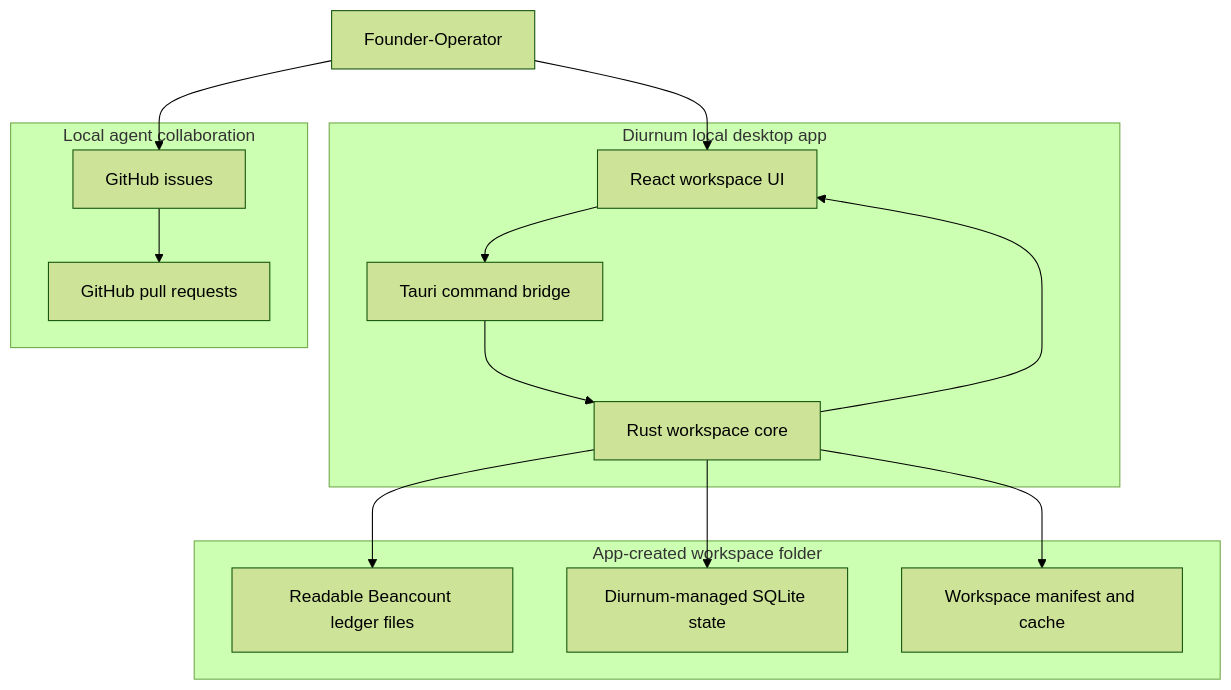
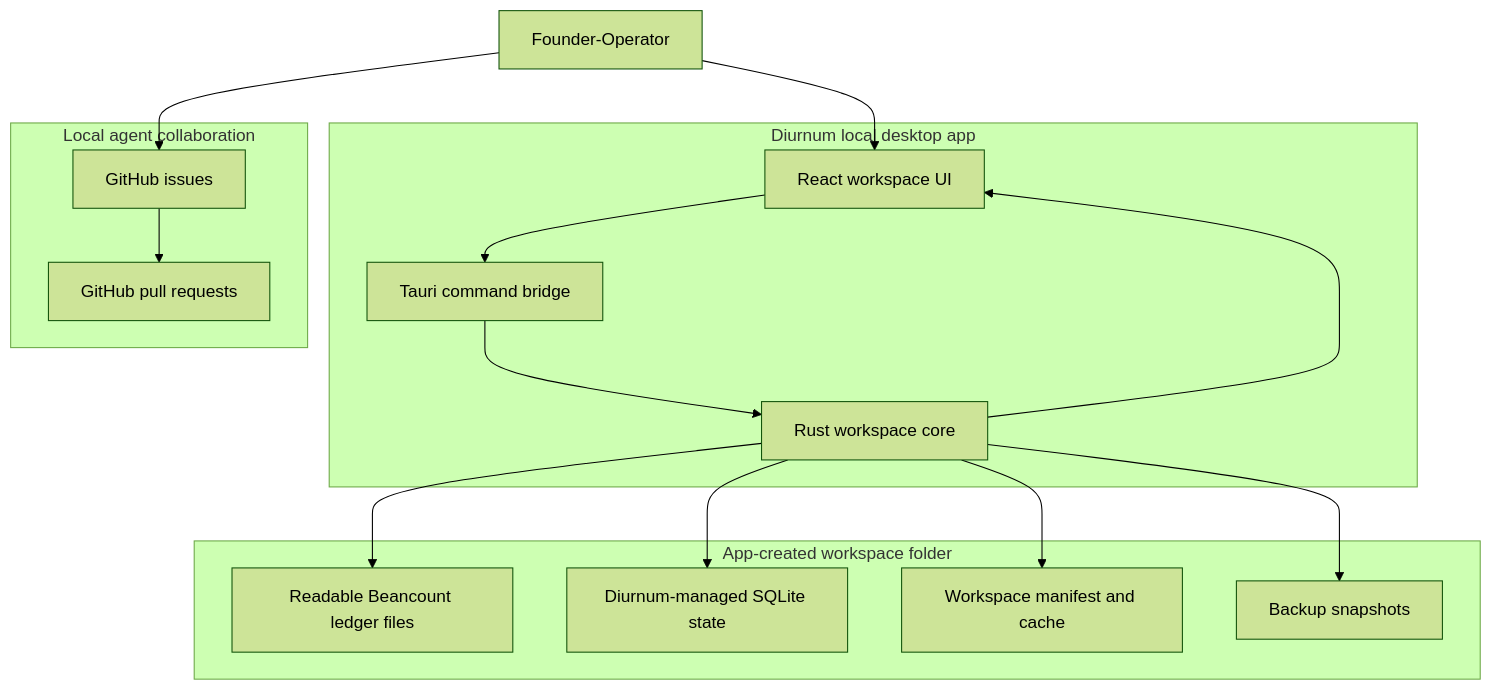
The first of 4 diagrams in docs/architecture.md (Diurnum-Dev/Diurnum), drawn with Mermaid (forest theme) before and after one commit. The commit also changed other lines of this file and 16 other files, not shown here.

````diff
--- a/docs/architecture.md
+++ b/docs/architecture.md
@@ -7,31 +7,33 @@
 ```mermaid
 flowchart TB
   User[Founder-Operator]
 
   subgraph App[Diurnum local desktop app]
     UI[React workspace UI]
     Bridge[Tauri command bridge]
     Core[Rust workspace core]
   end
 
   subgraph Workspace[App-created workspace folder]
     Ledger[Readable Beancount ledger files]
     LocalState[Diurnum-managed SQLite state]
     Manifest[Workspace manifest and cache]
+    Snapshots[Backup snapshots]
   end
 
   subgraph Collaboration[Local agent collaboration]
     Issues[GitHub issues]
     PRs[GitHub pull requests]
   end
 
   User --> UI
   UI --> Bridge
   Bridge --> Core
   Core --> Ledger
   Core --> LocalState
   Core --> Manifest
+  Core --> Snapshots
   Core --> UI
   User --> Issues
   Issues --> PRs
 ```
````
